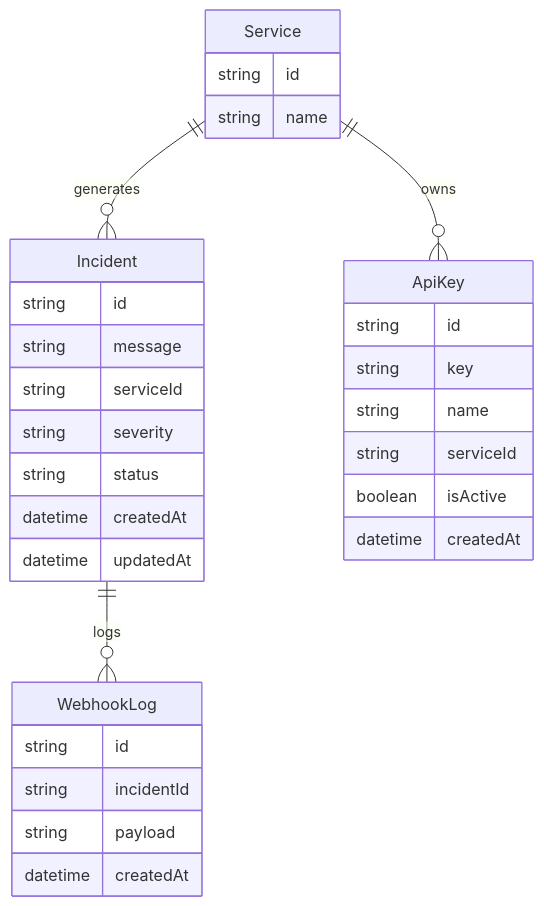
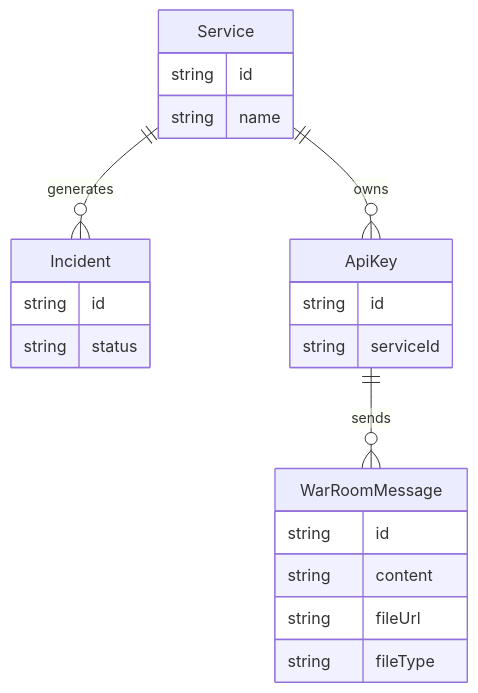
The second of 2 diagrams in AlertForge/Backend/status/MVP_STATUS.md (Soumipal56/AlertForge), drawn with Mermaid before and after one commit. The commit also changed other lines of this file and 6 other files, not shown here.

First line of the commit message:
feat(status): update system status reports and socket flow documentation

````diff
--- a/AlertForge/Backend/status/MVP_STATUS.md
+++ b/AlertForge/Backend/status/MVP_STATUS.md
@@ -123,37 +132,28 @@
 ```mermaid
 erDiagram
     Incident {
         string id
-        string message
-        string serviceId
-        string severity
         string status
-        datetime createdAt
-        datetime updatedAt
     }
 
     ApiKey {
         string id
-        string key
-        string name
         string serviceId
-        boolean isActive
-        datetime createdAt
+    }
+
+    WarRoomMessage {
+        string id
+        string content
+        string fileUrl
+        string fileType
     }
 
     Service {
         string id
         string name
     }
 
-    WebhookLog {
-        string id
-        string incidentId
-        string payload
-        datetime createdAt
-    }
-
     Service ||--o{ Incident : generates
     Service ||--o{ ApiKey : owns
-    Incident ||--o{ WebhookLog : logs
+    ApiKey ||--o{ WarRoomMessage : sends
 ```
````
